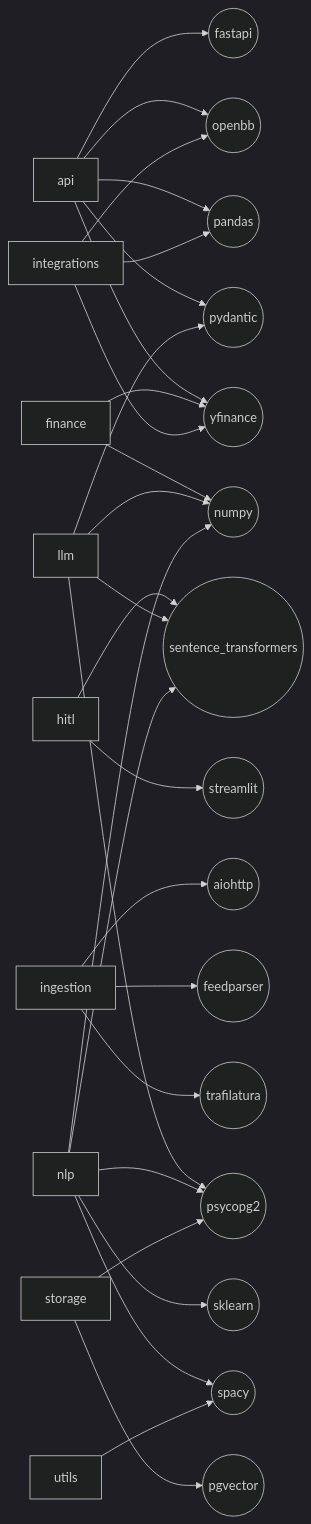
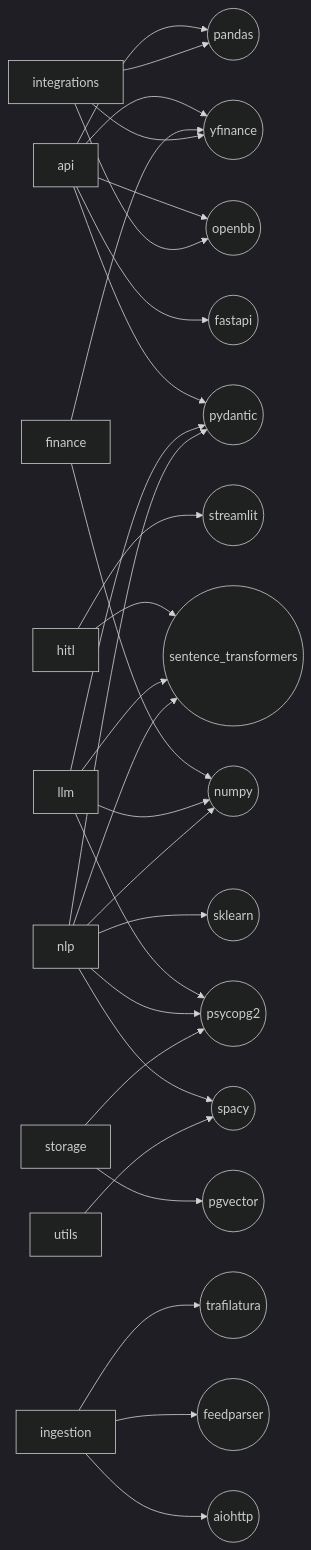
The second of 6 diagrams in docs/generated/imports.md (TommasoFazzi/MACROINTEL), drawn with Mermaid (dark theme) before and after one commit. The commit also changed other lines of this file, not shown here.

Commit message:
docs(auto): update Python import graph [skip ci]

````diff
--- a/docs/generated/imports.md
+++ b/docs/generated/imports.md
@@ -68,46 +68,47 @@
 ```mermaid
 flowchart LR
     EXT_aiohttp(("aiohttp"))
     EXT_fastapi(("fastapi"))
     EXT_feedparser(("feedparser"))
     EXT_numpy(("numpy"))
     EXT_openbb(("openbb"))
     EXT_pandas(("pandas"))
     EXT_pgvector(("pgvector"))
     EXT_psycopg2(("psycopg2"))
     EXT_pydantic(("pydantic"))
     EXT_sentence_transformers(("sentence_transformers"))
     EXT_sklearn(("sklearn"))
     EXT_spacy(("spacy"))
     EXT_streamlit(("streamlit"))
     EXT_trafilatura(("trafilatura"))
     EXT_yfinance(("yfinance"))
 
     api --> EXT_fastapi
     api --> EXT_openbb
     api --> EXT_pandas
     api --> EXT_pydantic
     api --> EXT_yfinance
     finance --> EXT_numpy
     finance --> EXT_yfinance
     hitl --> EXT_sentence_transformers
     hitl --> EXT_streamlit
     ingestion --> EXT_aiohttp
     ingestion --> EXT_feedparser
     ingestion --> EXT_trafilatura
     integrations --> EXT_openbb
     integrations --> EXT_pandas
     integrations --> EXT_yfinance
     llm --> EXT_numpy
     llm --> EXT_psycopg2
     llm --> EXT_pydantic
     llm --> EXT_sentence_transformers
     nlp --> EXT_numpy
     nlp --> EXT_psycopg2
+    nlp --> EXT_pydantic
     nlp --> EXT_sentence_transformers
     nlp --> EXT_sklearn
     nlp --> EXT_spacy
     storage --> EXT_pgvector
     storage --> EXT_psycopg2
     utils --> EXT_spacy
 ```
````
